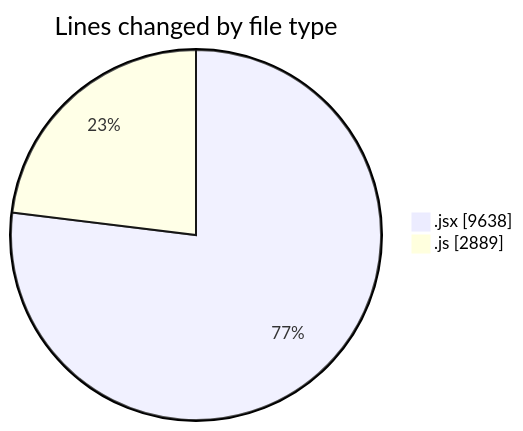
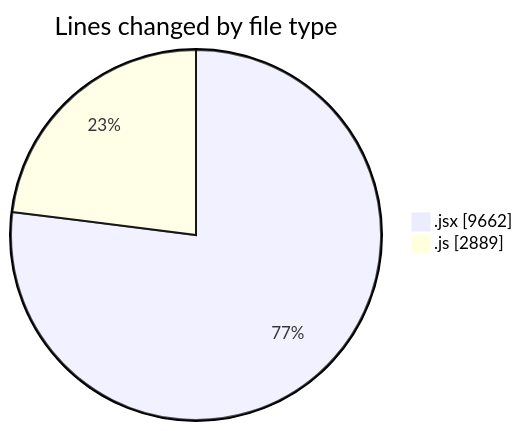
Before and after one commit to nxtqubesakshisongat/code-tracking: the first of 2 diagrams in 2025-12-11/nxtqube_webapp/README.md, drawn with Mermaid. The commit also changed other lines of this file and 1 other file, not shown here.

````diff
--- a/2025-12-11/nxtqube_webapp/README.md
+++ b/2025-12-11/nxtqube_webapp/README.md
@@ -33,6 +33,6 @@
 ```mermaid
 pie showData
 title Lines changed by file type
-".jsx" : 9638
+".jsx" : 9662
 ".js" : 2889
 ```
````
